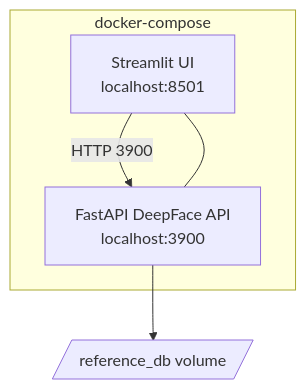
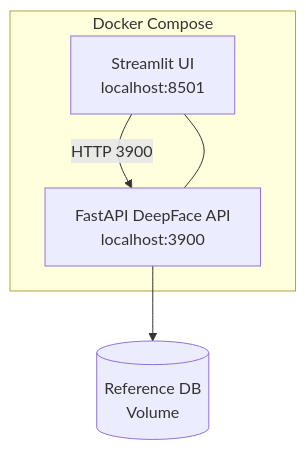
The diagram in README.md (thadius83/deepfacestudio), drawn with Mermaid before and after one commit. The commit also changed other lines of this file, not shown here.

Commit message:
Fix Mermaid diagram formatting in README

````diff
--- a/README.md
+++ b/README.md
@@ -56,8 +57,11 @@
 ```mermaid
 graph TD
-    UI[Streamlit UI<br/>localhost:8501] -->|HTTP 3900| API[FastAPI DeepFace API<br/>localhost:3900]
-    subgraph docker-compose
+    UI[Streamlit UI
+    localhost:8501] -->|HTTP 3900| API[FastAPI DeepFace API
+    localhost:3900]
+    subgraph containers[Docker Compose]
         UI --- API
     end
-    API --> DB[/reference_db volume/]
+    API --> DB[(Reference DB
+    Volume)]
 ```
````
